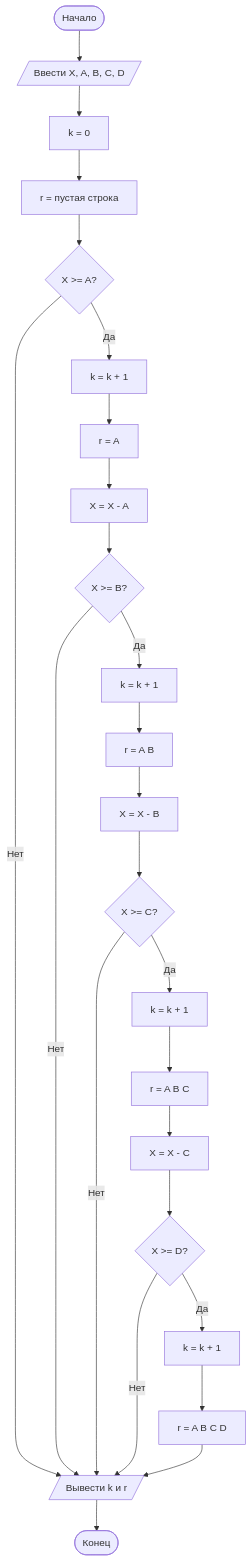
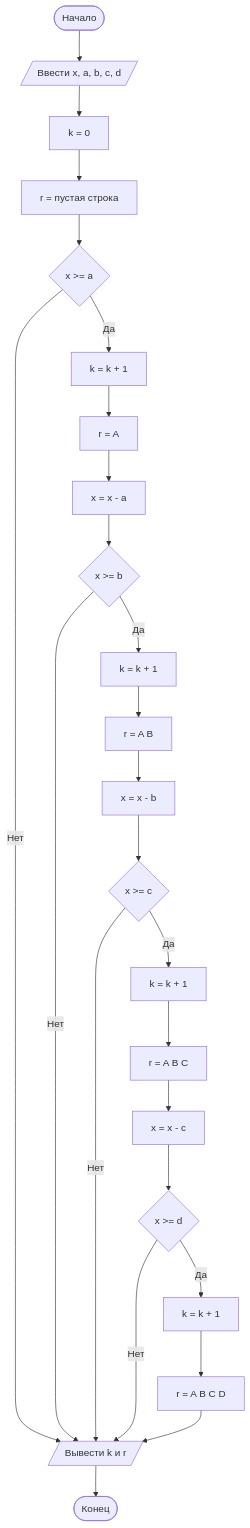
Before and after one commit to pilsikovairina2-stack/lab1: the diagram in README.md, drawn with Mermaid. The commit also changed other lines of this file, not shown here.

````diff
--- a/README.md
+++ b/README.md
@@ -151,38 +140,38 @@
 ```mermaid
 flowchart TD
 
-    A([Начало]) --> B[/Ввести X, A, B, C, D/]
+    A([Начало]) --> B[/Ввести x, a, b, c, d/]
     B --> C[k = 0]
     C --> C1[r = пустая строка]
 
-    C1 --> D{X >= A?}
+    C1 --> D{x >= a}
 
     D -- Нет --> OUT[/Вывести k и r/]
     D -- Да --> E[k = k + 1]
     E --> E1[r = A]
-    E1 --> E2[X = X - A]
+    E1 --> E2[x = x - a]
 
-    E2 --> F{X >= B?}
+    E2 --> F{x >= b}
 
     F -- Нет --> OUT
     F -- Да --> G[k = k + 1]
     G --> G1[r = A B]
-    G1 --> G2[X = X - B]
+    G1 --> G2[x = x - b]
 
-    G2 --> H{X >= C?}
+    G2 --> H{x >= c}
 
     H -- Нет --> OUT
     H -- Да --> I[k = k + 1]
     I --> I1[r = A B C]
-    I1 --> I2[X = X - C]
+    I1 --> I2[x = x - c]
 
-    I2 --> J{X >= D?}
+    I2 --> J{x >= d}
 
     J -- Нет --> OUT
     J -- Да --> K[k = k + 1]
     K --> K1[r = A B C D]
 
     K1 --> OUT
 
     OUT --> L([Конец])
 ```
````
